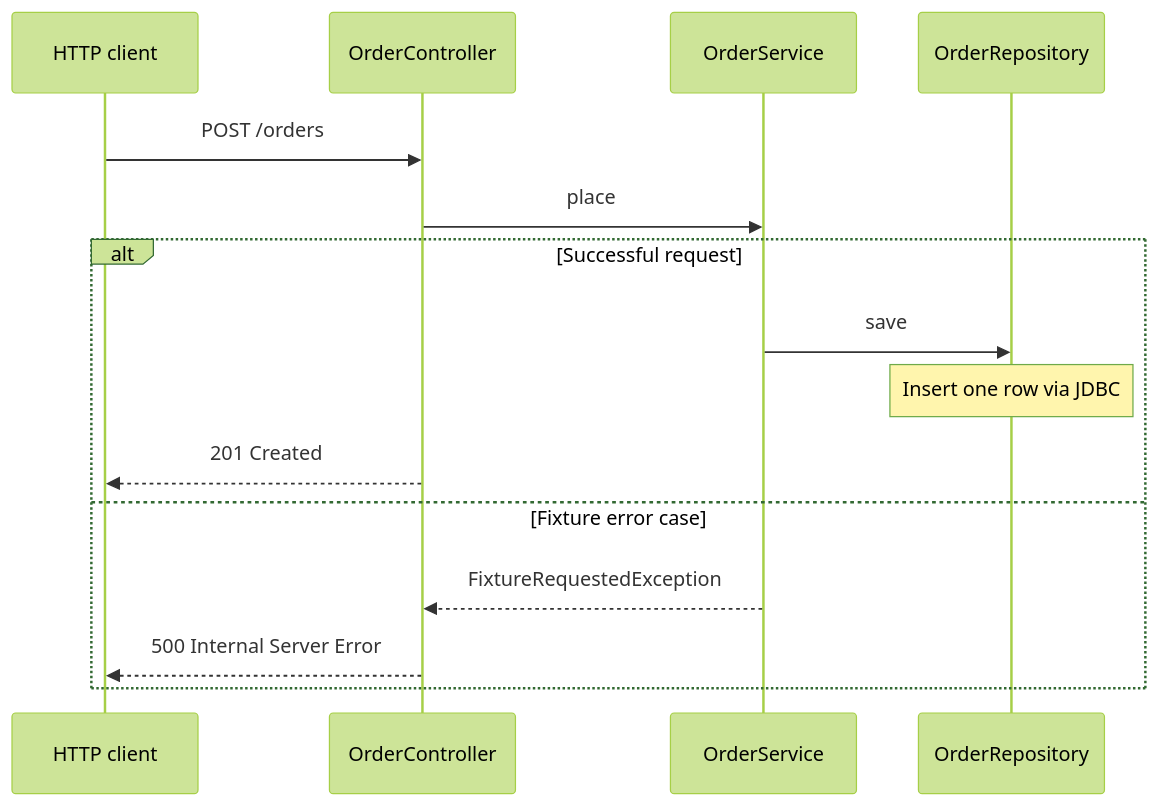
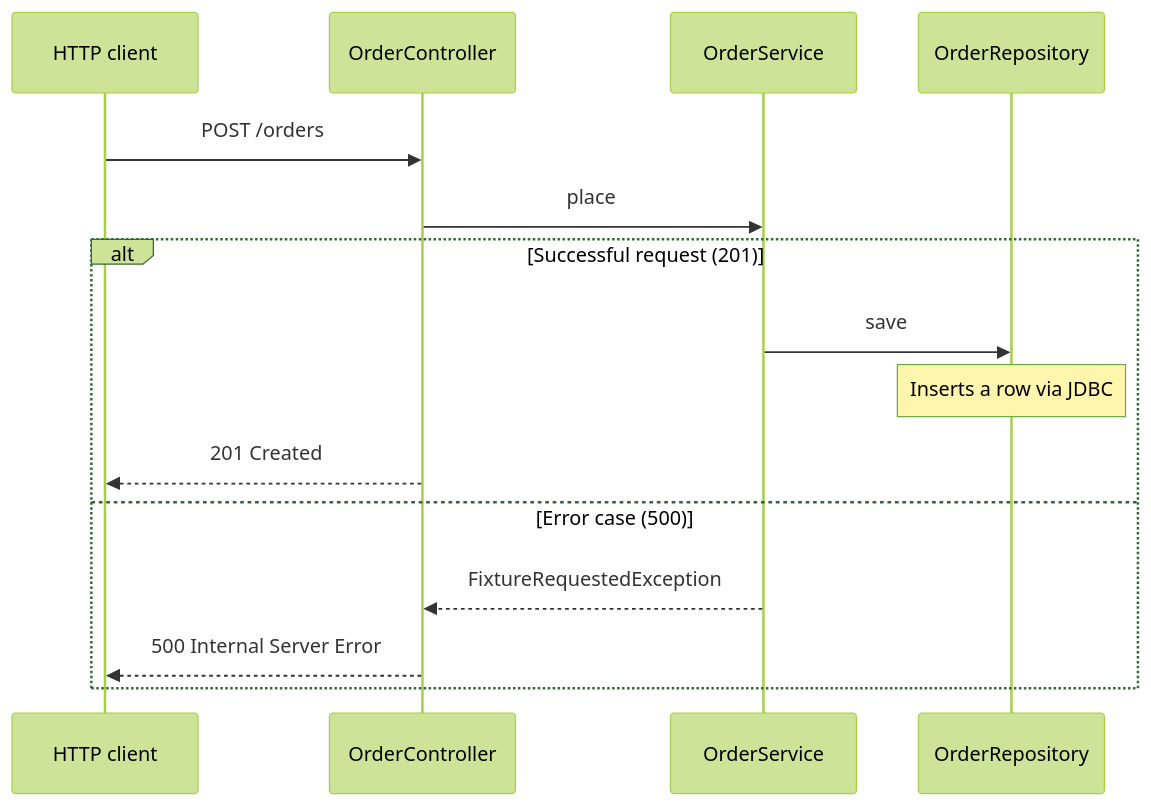
Before and after one commit to Legend101Zz/X-trace: the first of 2 diagrams in README.md, drawn with Mermaid (forest theme). The commit also changed other lines of this file and 2 other files, not shown here.

````diff
--- a/README.md
+++ b/README.md
@@ -39,17 +52,17 @@
 ```mermaid
 sequenceDiagram
     participant C as HTTP client
     participant H as OrderController
     participant S as OrderService
     participant R as OrderRepository
     C->>H: POST /orders
     H->>S: place
-    alt Successful request
+    alt Successful request (201)
         S->>R: save
-        Note over R: Insert one row via JDBC
+        Note over R: Inserts a row via JDBC
         H-->>C: 201 Created
-    else Fixture error case
+    else Error case (500)
         S-->>H: FixtureRequestedException
         H-->>C: 500 Internal Server Error
     end
 ```
````
